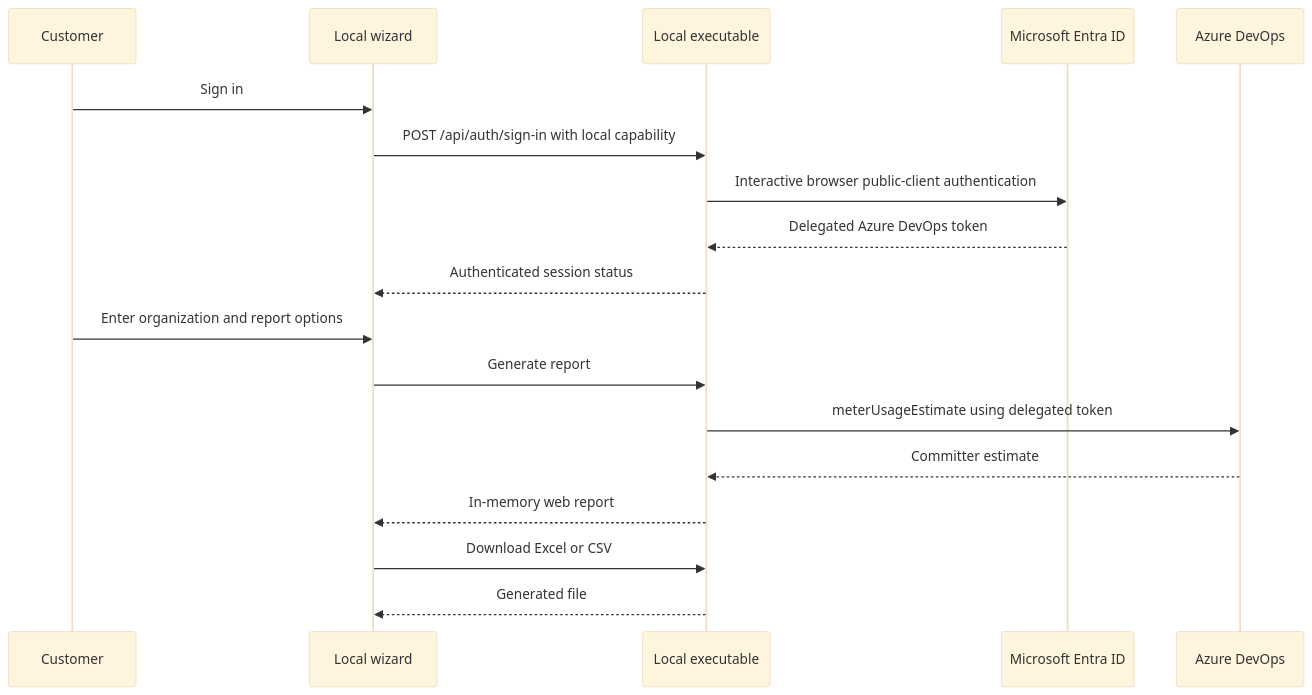
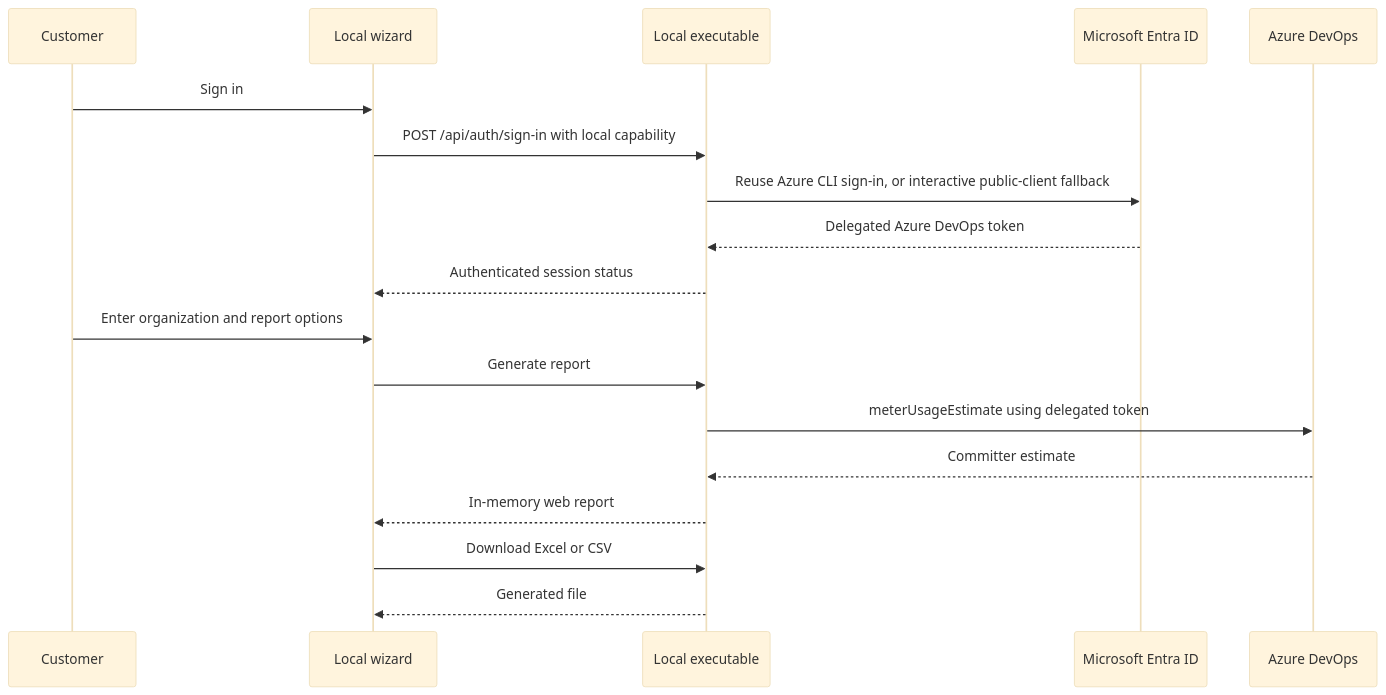
The second of 3 diagrams in docs/ARCHITECTURE.md (ninjapaw/committer-insights), drawn with Mermaid (base theme) before and after one commit. The commit also changed other lines of this file and 20 other files, not shown here.

````diff
--- a/docs/ARCHITECTURE.md
+++ b/docs/ARCHITECTURE.md
@@ -28,21 +28,21 @@
 ```mermaid
 sequenceDiagram
   participant U as Customer
   participant W as Local wizard
   participant E as Local executable
   participant M as Microsoft Entra ID
   participant A as Azure DevOps
 
   U->>W: Sign in
   W->>E: POST /api/auth/sign-in with local capability
-  E->>M: Interactive browser public-client authentication
+  E->>M: Reuse Azure CLI sign-in, or interactive public-client fallback
   M-->>E: Delegated Azure DevOps token
   E-->>W: Authenticated session status
   U->>W: Enter organization and report options
   W->>E: Generate report
   E->>A: meterUsageEstimate using delegated token
   A-->>E: Committer estimate
   E-->>W: In-memory web report
   W->>E: Download Excel or CSV
   E-->>W: Generated file
 ```
````
